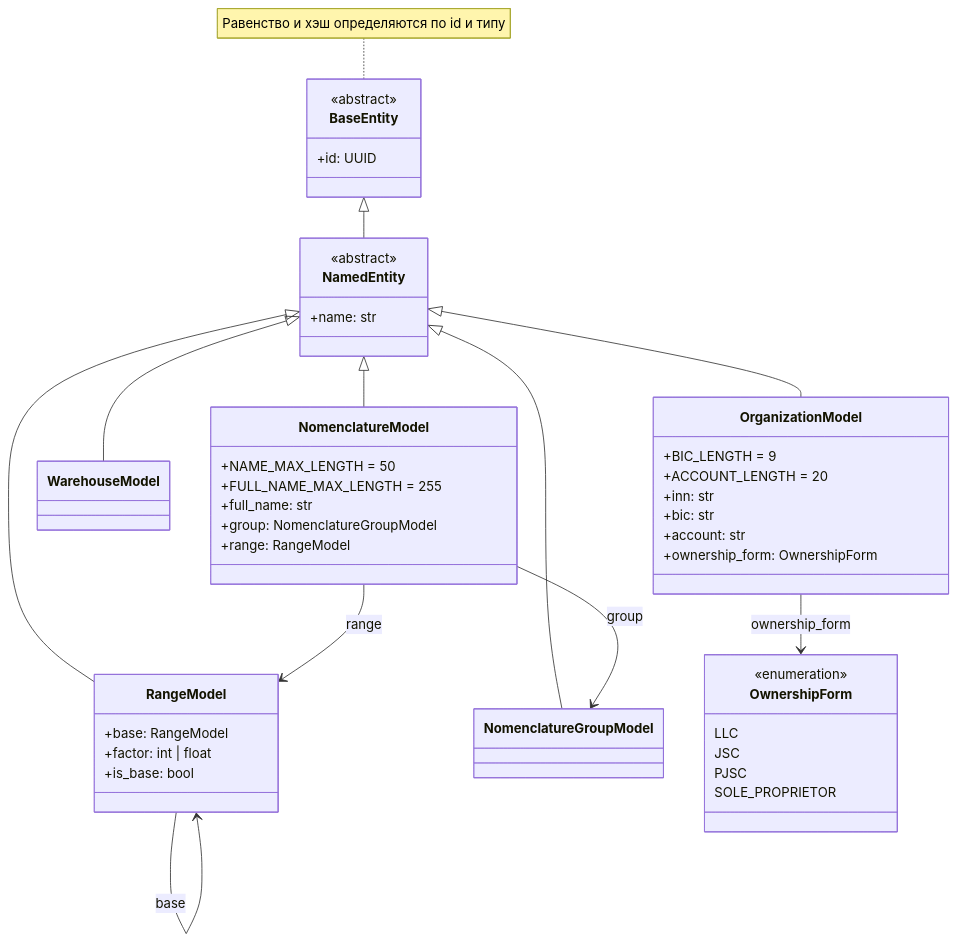
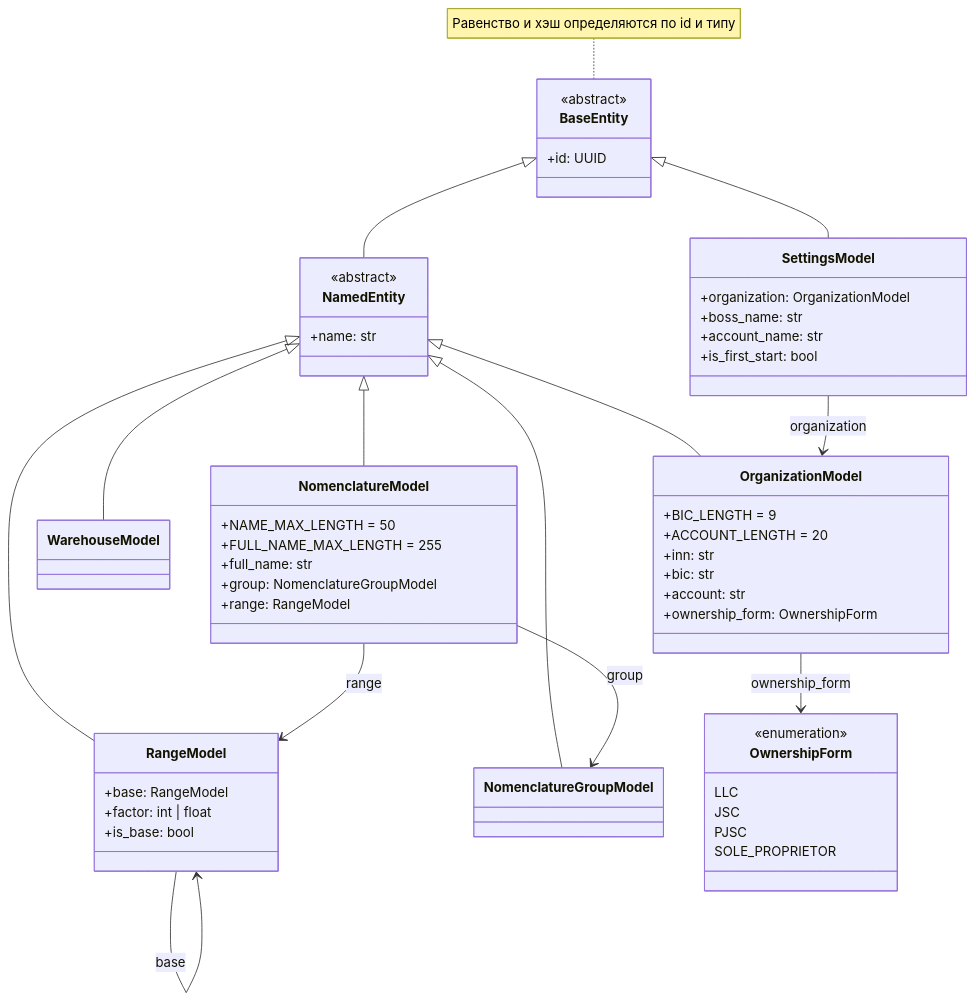
One commit to asutenshi/design-patterns changed the first of 4 diagrams in Docs/ClassDiagram.md. Above: the diagram before and after it, drawn with Mermaid. The commit also changed other lines of this file, not shown here.

Commit message:
docs: add manager and exception diagrams to ClassDiagram

````diff
--- a/Docs/ClassDiagram.md
+++ b/Docs/ClassDiagram.md
@@ -12,63 +12,72 @@
 ```mermaid
 classDiagram
     direction TB
 
     class BaseEntity {
         <<abstract>>
         +id: UUID
     }
 
     note for BaseEntity "Равенство и хэш определяются по id и типу"
 
     class NamedEntity {
         <<abstract>>
         +name: str
     }
 
     class RangeModel {
         +base: RangeModel
         +factor: int | float
         +is_base: bool
     }
 
     class NomenclatureModel {
         +NAME_MAX_LENGTH = 50
         +FULL_NAME_MAX_LENGTH = 255
         +full_name: str
         +group: NomenclatureGroupModel
         +range: RangeModel
     }
 
     class NomenclatureGroupModel
 
     class WarehouseModel
 
+    class SettingsModel {
+        +organization: OrganizationModel
+        +boss_name: str
+        +account_name: str
+        +is_first_start: bool
+    }
+
     class OrganizationModel {
         +BIC_LENGTH = 9
         +ACCOUNT_LENGTH = 20
         +inn: str
         +bic: str
         +account: str
         +ownership_form: OwnershipForm
     }
 
     class OwnershipForm {
         <<enumeration>>
         LLC
         JSC
         PJSC
         SOLE_PROPRIETOR
     }
 
     BaseEntity <|-- NamedEntity
+    BaseEntity <|-- SettingsModel
     NamedEntity <|-- RangeModel
     NamedEntity <|-- NomenclatureModel
     NamedEntity <|-- NomenclatureGroupModel
     NamedEntity <|-- WarehouseModel
     NamedEntity <|-- OrganizationModel
 
     NomenclatureModel --> NomenclatureGroupModel : group
     NomenclatureModel --> RangeModel : range
     RangeModel --> RangeModel : base
     OrganizationModel --> OwnershipForm : ownership_form
+    SettingsModel --> OrganizationModel : organization
 ```
````
